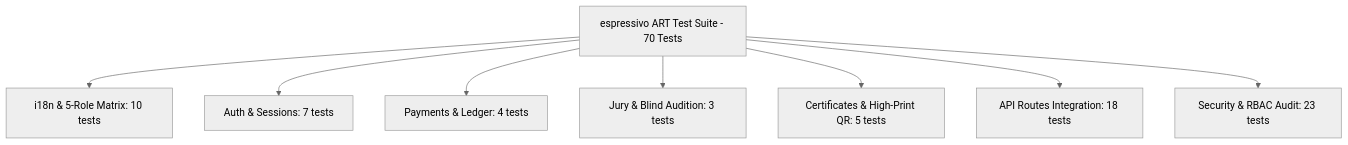
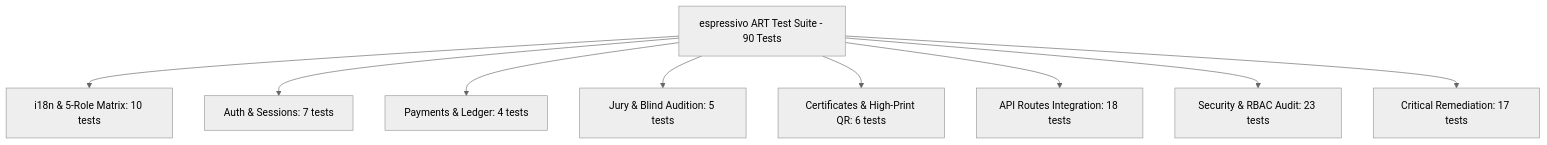
Before and after one commit to fen3211/espressivo-art: the diagram in docs/QA_REPORT.md, drawn with Mermaid (neutral theme). The commit also changed other lines of this file and 3 other files, not shown here.

````diff
--- a/docs/QA_REPORT.md
+++ b/docs/QA_REPORT.md
@@ -52,10 +74,11 @@
 ```mermaid
 graph TD
-    A[espressivo ART Test Suite - 70 Tests] --> B[i18n & 5-Role Matrix: 10 tests]
-    A --> C[Auth & Sessions: 7 tests]
-    A --> D[Payments & Ledger: 4 tests]
-    A --> E[Jury & Blind Audition: 3 tests]
-    A --> F[Certificates & High-Print QR: 5 tests]
-    A --> G[API Routes Integration: 18 tests]
-    A --> H[Security & RBAC Audit: 23 tests]
+    A["espressivo ART Test Suite - 90 Tests"] --> B["i18n & 5-Role Matrix: 10 tests"]
+    A --> C["Auth & Sessions: 7 tests"]
+    A --> D["Payments & Ledger: 4 tests"]
+    A --> E["Jury & Blind Audition: 5 tests"]
+    A --> F["Certificates & High-Print QR: 6 tests"]
+    A --> G["API Routes Integration: 18 tests"]
+    A --> H["Security & RBAC Audit: 23 tests"]
+    A --> I["Critical Remediation: 17 tests"]
 ```
````
